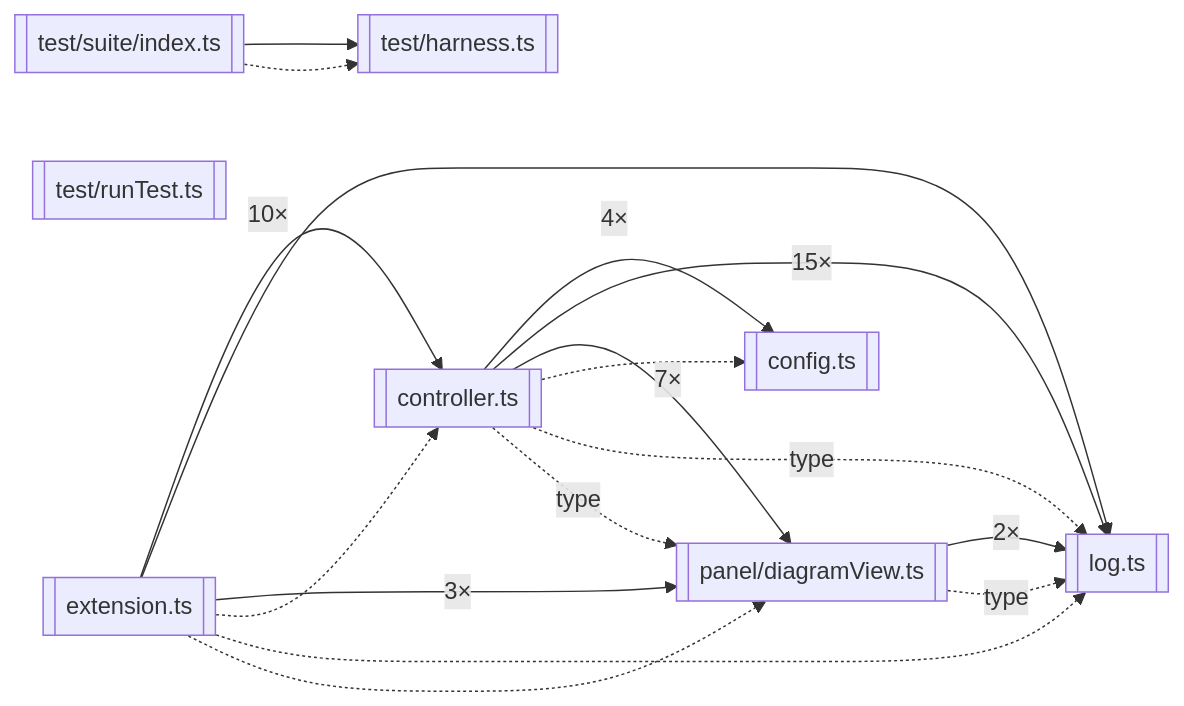
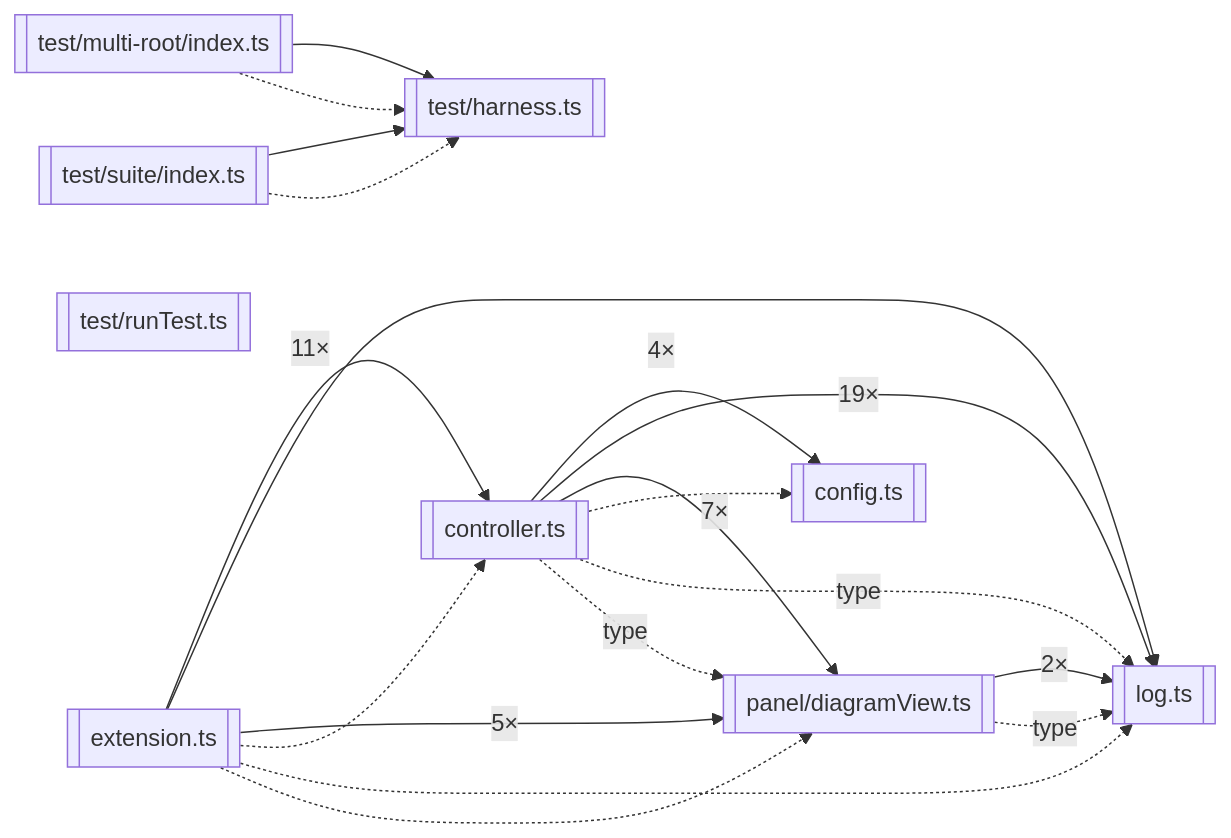
One commit to georgyia/surrounded-by-slop changed the third of 3 diagrams in docs/architecture.md. Above: the diagram before and after it, drawn with Mermaid. The commit also changed other lines of this file and 71 other files, not shown here.

````diff
--- a/docs/architecture.md
+++ b/docs/architecture.md
@@ -262,27 +271,30 @@
 ```mermaid
 flowchart LR
   module_config_ts[["config.ts"]]
   module_controller_ts[["controller.ts"]]
   module_extension_ts[["extension.ts"]]
   module_log_ts[["log.ts"]]
   module_panel_diagramView_ts[["panel/diagramView.ts"]]
   module_test_harness_ts[["test/harness.ts"]]
+  module_test_multi_root_index_ts[["test/multi-root/index.ts"]]
   module_test_runTest_ts[["test/runTest.ts"]]
   module_test_suite_index_ts[["test/suite/index.ts"]]
   module_controller_ts -->|"4×"| module_config_ts
-  module_controller_ts -->|"15×"| module_log_ts
+  module_controller_ts -->|"19×"| module_log_ts
   module_controller_ts -->|"7×"| module_panel_diagramView_ts
-  module_extension_ts -->|"10×"| module_controller_ts
+  module_extension_ts -->|"11×"| module_controller_ts
   module_extension_ts --> module_log_ts
-  module_extension_ts -->|"3×"| module_panel_diagramView_ts
+  module_extension_ts -->|"5×"| module_panel_diagramView_ts
   module_panel_diagramView_ts -->|"2×"| module_log_ts
+  module_test_multi_root_index_ts --> module_test_harness_ts
   module_test_suite_index_ts --> module_test_harness_ts
   module_controller_ts -.-> module_config_ts
   module_controller_ts -.->|"type"| module_log_ts
   module_controller_ts -.->|"type"| module_panel_diagramView_ts
   module_extension_ts -.-> module_controller_ts
   module_extension_ts -.-> module_log_ts
   module_extension_ts -.-> module_panel_diagramView_ts
   module_panel_diagramView_ts -.->|"type"| module_log_ts
+  module_test_multi_root_index_ts -.-> module_test_harness_ts
   module_test_suite_index_ts -.-> module_test_harness_ts
 ```
````
